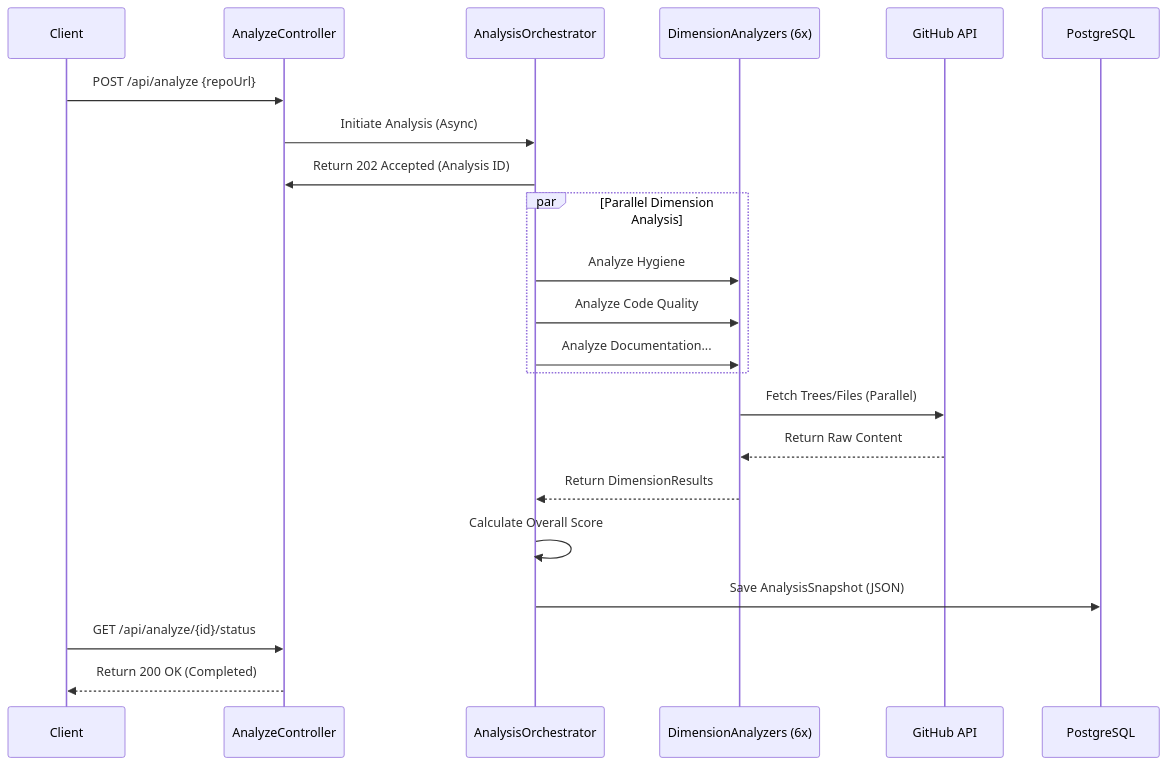
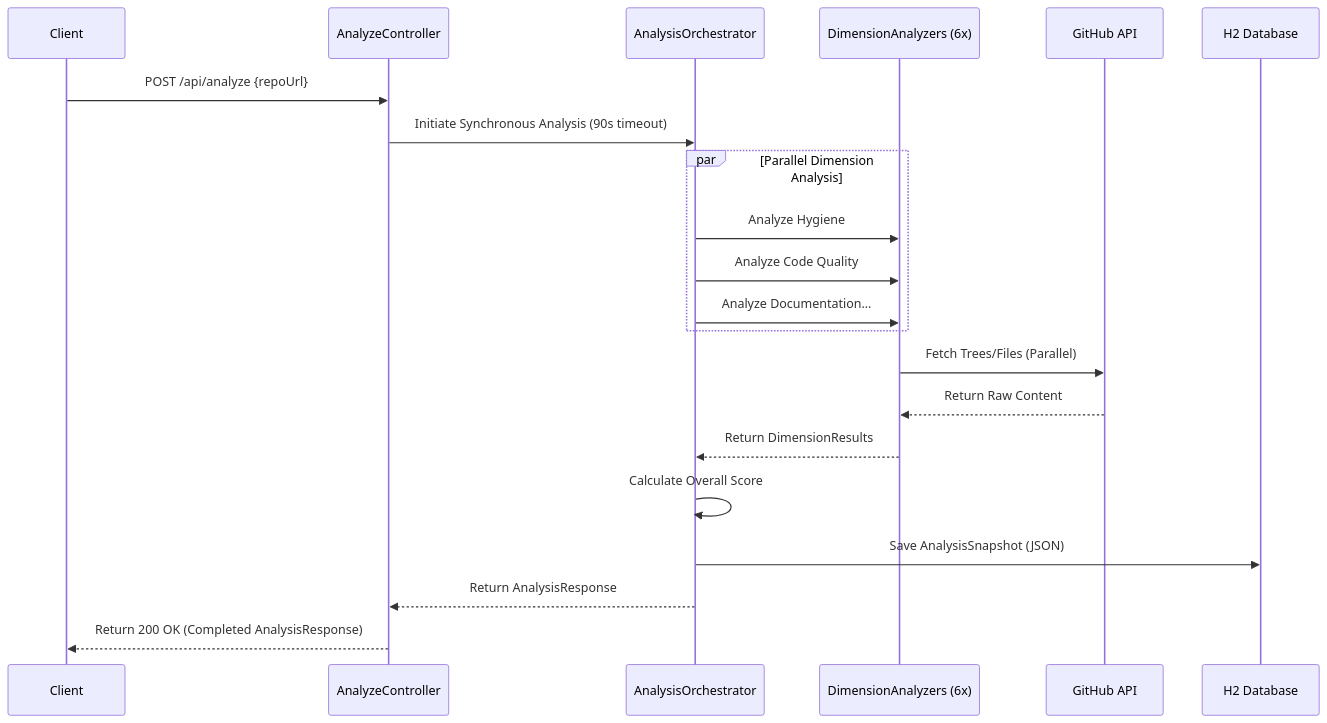
Before and after one commit to omyadav3131/Repo-doctor: the second of 4 diagrams in ARCHITECTURE.md, drawn with Mermaid. The commit also changed other lines of this file and 4 other files, not shown here.

````diff
--- a/ARCHITECTURE.md
+++ b/ARCHITECTURE.md
@@ -33,29 +33,28 @@
 ```mermaid
 sequenceDiagram
     participant User as Client
     participant Controller as AnalyzeController
     participant Orchestrator as AnalysisOrchestrator
     participant Analyzers as DimensionAnalyzers (6x)
     participant GitHub as GitHub API
-    participant DB as PostgreSQL
+    participant DB as H2 Database
 
     User->>Controller: POST /api/analyze {repoUrl}
-    Controller->>Orchestrator: Initiate Analysis (Async)
-    Orchestrator->>Controller: Return 202 Accepted (Analysis ID)
+    Controller->>Orchestrator: Initiate Synchronous Analysis (90s timeout)
     
     par Parallel Dimension Analysis
         Orchestrator->>Analyzers: Analyze Hygiene
         Orchestrator->>Analyzers: Analyze Code Quality
         Orchestrator->>Analyzers: Analyze Documentation...
     end
     
     Analyzers->>GitHub: Fetch Trees/Files (Parallel)
     GitHub-->>Analyzers: Return Raw Content
     Analyzers-->>Orchestrator: Return DimensionResults
     
     Orchestrator->>Orchestrator: Calculate Overall Score
     Orchestrator->>DB: Save AnalysisSnapshot (JSON)
     
-    User->>Controller: GET /api/analyze/{id}/status
-    Controller-->>User: Return 200 OK (Completed)
+    Orchestrator-->>Controller: Return AnalysisResponse
+    Controller-->>User: Return 200 OK (Completed AnalysisResponse)
 ```
````
